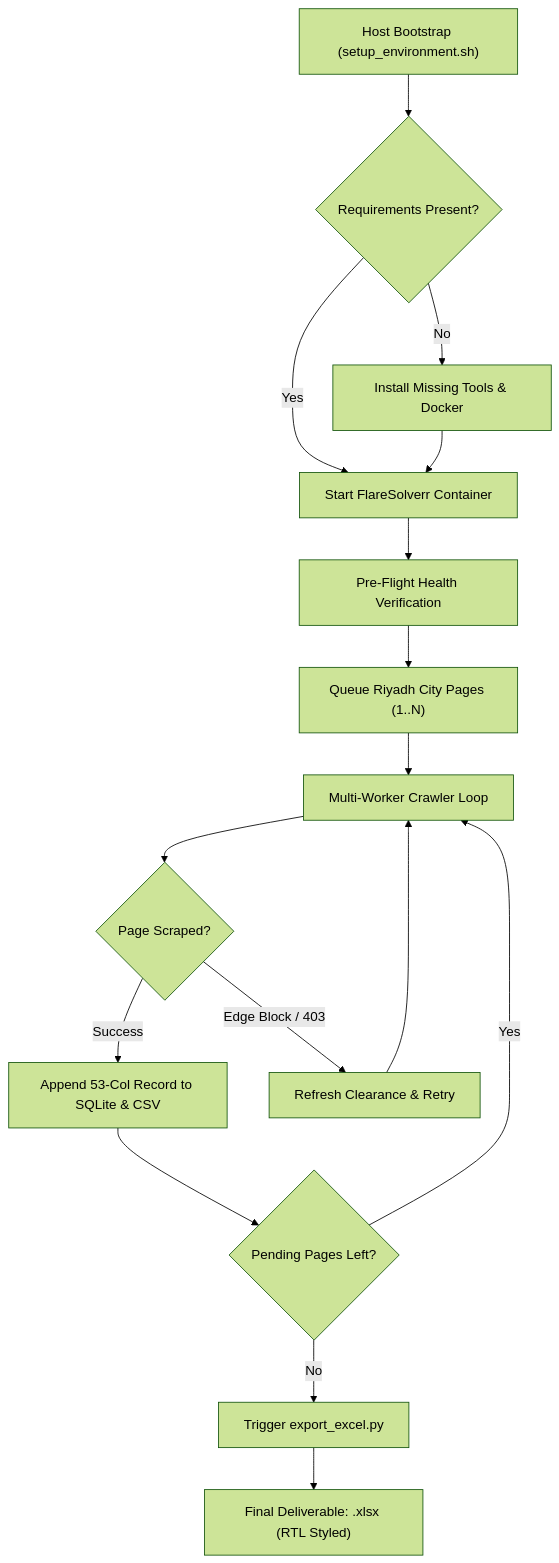
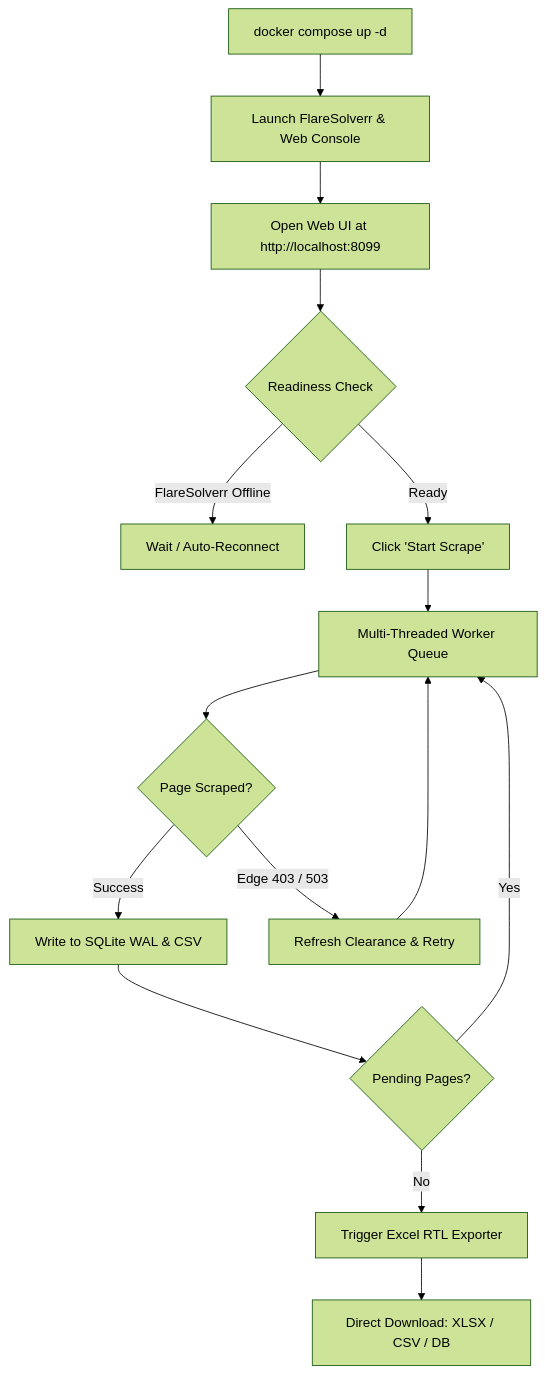
One commit to iHosam/ScrapeDatAqar changed the second of 2 diagrams in README.md. Above: the diagram before and after it, drawn with Mermaid (forest theme). The commit also changed other lines of this file and 8 other files, not shown here.

Commit message:
feat: release v2.0.1 with Docker containerization, web UI on port 8099, readiness monitor, and artifact downloads

````diff
--- a/README.md
+++ b/README.md
@@ -41,18 +58,17 @@
 ```mermaid
 graph TD
-    A["Host Bootstrap (setup_environment.sh)"] --> B{"Requirements Present?"}
-    B -- No --> C["Install Missing Tools & Docker"]
-    B -- Yes --> D["Start FlareSolverr Container"]
-    C --> D
-    D --> E["Pre-Flight Health Verification"]
-    E --> F["Queue Riyadh City Pages (1..N)"]
-    F --> G["Multi-Worker Crawler Loop"]
+    A["docker compose up -d"] --> B["Launch FlareSolverr & Web Console"]
+    B --> C["Open Web UI at http://localhost:8099"]
+    C --> D{"Readiness Check"}
+    D -- FlareSolverr Offline --> E["Wait / Auto-Reconnect"]
+    D -- Ready --> F["Click 'Start Scrape'"]
+    F --> G["Multi-Threaded Worker Queue"]
     G --> H{"Page Scraped?"}
-    H -- Success --> I["Append 53-Col Record to SQLite & CSV"]
-    H -- Edge Block / 403 --> J["Refresh Clearance & Retry"]
+    H -- Success --> I["Write to SQLite WAL & CSV"]
+    H -- Edge 403 / 503 --> J["Refresh Clearance & Retry"]
     J --> G
-    I --> K{"Pending Pages Left?"}
+    I --> K{"Pending Pages?"}
     K -- Yes --> G
-    K -- No --> L["Trigger export_excel.py"]
-    L --> M["Final Deliverable: .xlsx (RTL Styled)"]
+    K -- No --> L["Trigger Excel RTL Exporter"]
+    L --> M["Direct Download: XLSX / CSV / DB"]
 ```
````
